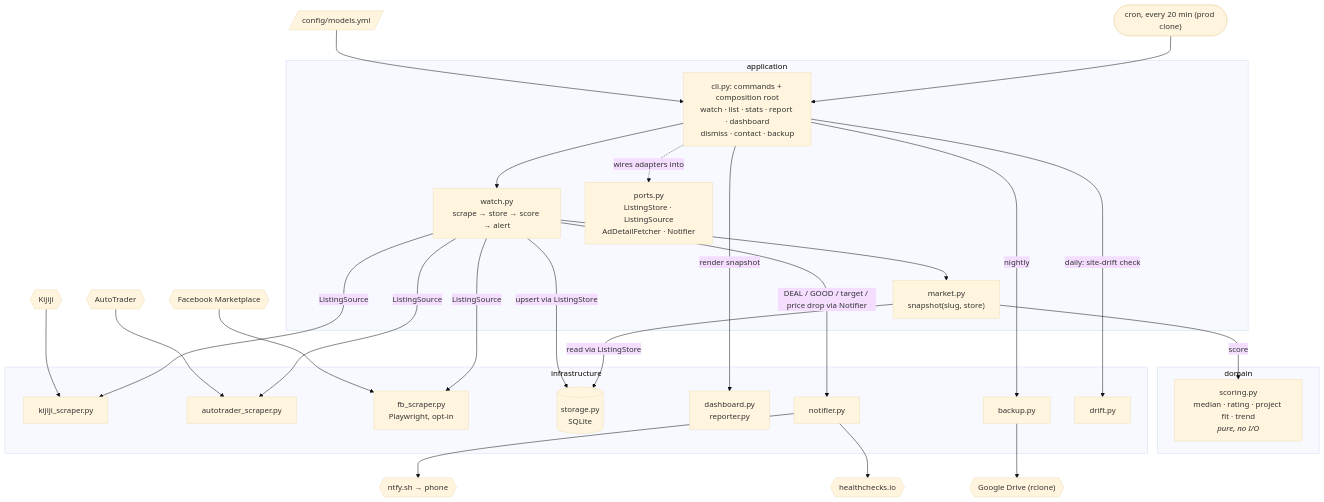
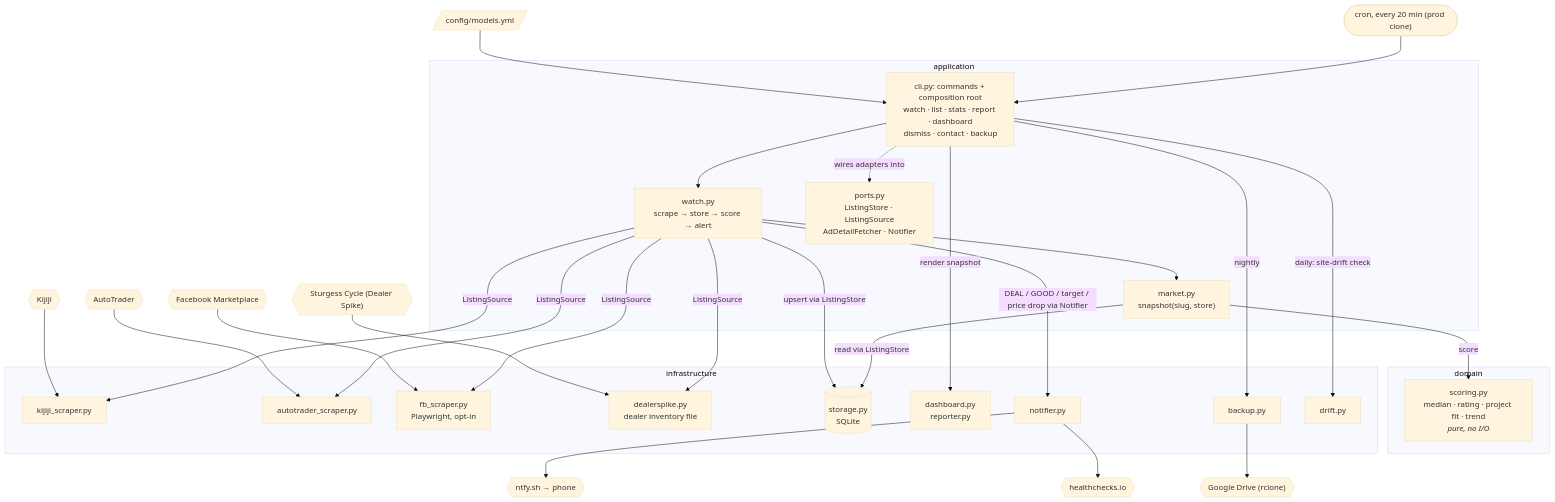
Before and after one commit to adamkwhite/dirtbike-tracker: the diagram in README.md, drawn with Mermaid (base theme). The commit also changed other lines of this file and 10 other files, not shown here.

First line of the commit message:
feat: Sturgess Cycle dealer inventory source (#99) (#107)

````diff
--- a/README.md
+++ b/README.md
@@ -10,45 +11,47 @@
 ```mermaid
 flowchart TB
     cron(["cron, every 20 min (prod clone)"]) --> cli
     config[/"config/models.yml"/] --> cli
 
     subgraph application
         cli["cli.py: commands + composition root<br/>watch · list · stats · report · dashboard<br/>dismiss · contact · backup"]
         watch["watch.py<br/>scrape → store → score → alert"]
         market["market.py<br/>snapshot(slug, store)"]
         ports["ports.py<br/>ListingStore · ListingSource<br/>AdDetailFetcher · Notifier"]
         cli --> watch --> market
         cli -.->|wires adapters into| ports
     end
 
     subgraph domain
         scoring["scoring.py<br/>median · rating · project fit · trend<br/><i>pure, no I/O</i>"]
     end
 
     subgraph infrastructure
         kij["kijiji_scraper.py"]
         at["autotrader_scraper.py"]
         fb["fb_scraper.py<br/>Playwright, opt-in"]
+        ds["dealerspike.py<br/>dealer inventory file"]
         storage[("storage.py<br/>SQLite")]
         render["dashboard.py<br/>reporter.py"]
         notifier["notifier.py"]
         backup["backup.py"]
         drift["drift.py"]
     end
 
     market -->|score| scoring
     market -->|read via ListingStore| storage
-    watch -->|ListingSource| kij & at & fb
+    watch -->|ListingSource| kij & at & fb & ds
     watch -->|upsert via ListingStore| storage
     cli -->|render snapshot| render
     watch -->|DEAL / GOOD / target / price drop via Notifier| notifier
 
     kijiji{{Kijiji}} --> kij
     autotrader{{AutoTrader}} --> at
     facebook{{"Facebook Marketplace"}} --> fb
+    sturgess{{"Sturgess Cycle (Dealer Spike)"}} --> ds
     notifier --> ntfy{{"ntfy.sh → phone"}}
     notifier --> hc{{healthchecks.io}}
     cli -->|nightly| backup
     cli -->|daily: site-drift check| drift
     backup --> drive{{"Google Drive (rclone)"}}
 ```
````
